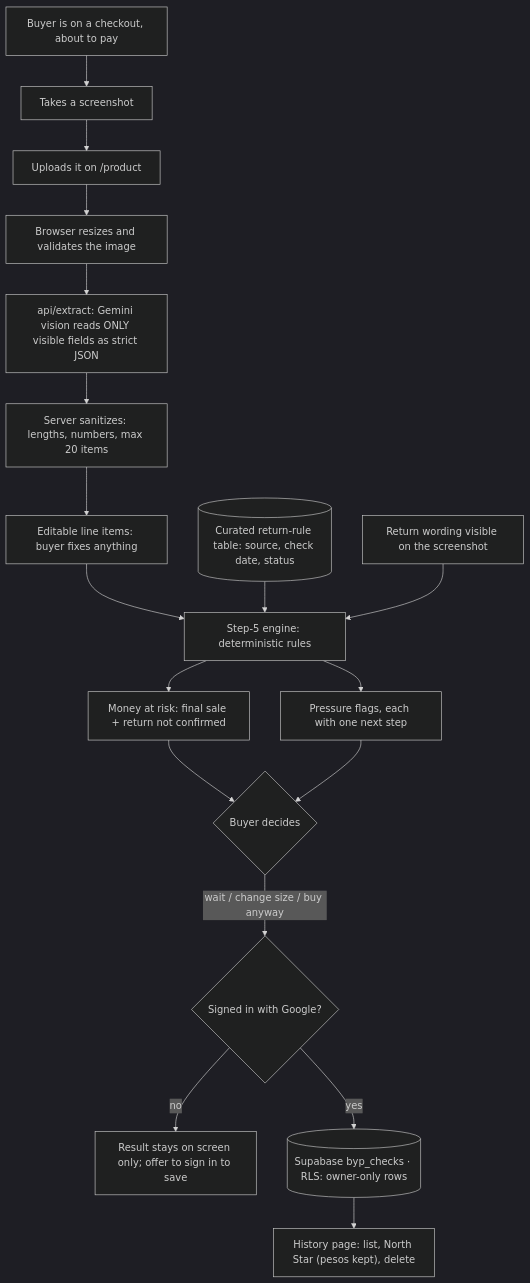
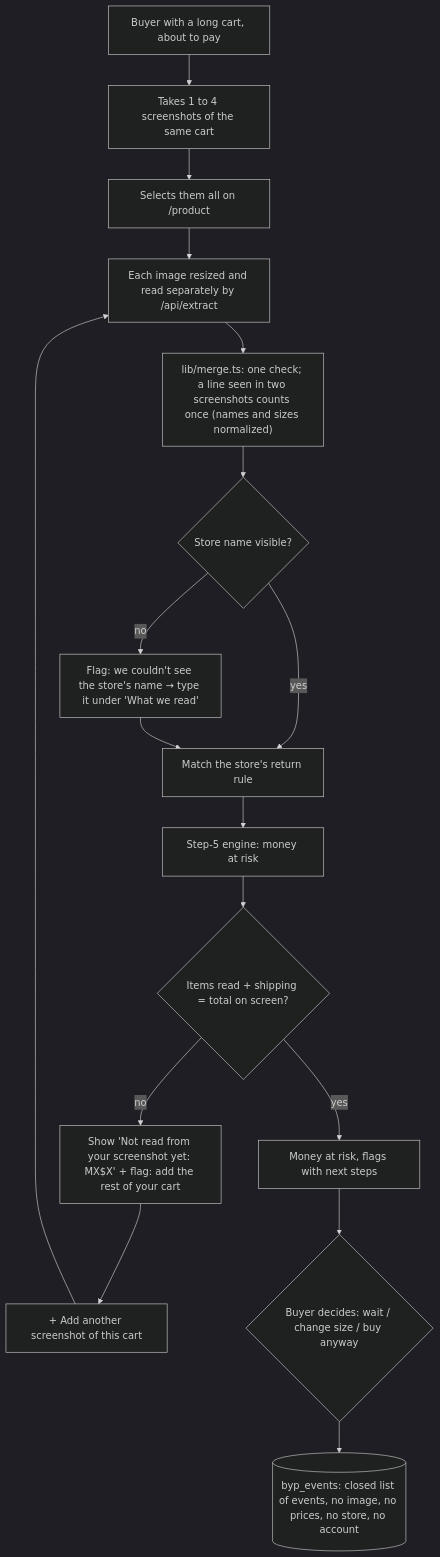
Before and after one commit to KaromBuilds/before-you-pay: the first of 2 diagrams in docs/PACKET.md, drawn with Mermaid (dark theme). The commit also changed other lines of this file and 7 other files, not shown here.

First line of the commit message:
Week 13 packet, user sessions and persona test; headline says when part of the cart wasn't read

````diff
--- a/docs/PACKET.md
+++ b/docs/PACKET.md
@@ -34,20 +33,19 @@
 ```mermaid
 flowchart TD
-    A[Buyer is on a checkout, about to pay] --> B[Takes a screenshot]
-    B --> C[Uploads it on /product]
-    C --> D[Browser resizes and validates the image]
-    D --> E["api/extract: Gemini vision reads ONLY visible fields as strict JSON"]
-    E --> F[Server sanitizes: lengths, numbers, max 20 items]
-    F --> G[Editable line items: buyer fixes anything]
-    G --> H[Step-5 engine: deterministic rules]
-    I[("Curated return-rule table: source, check date, status")] --> H
-    J[Return wording visible on the screenshot] --> H
-    H --> K[Money at risk: final sale + return not confirmed]
-    H --> L[Pressure flags, each with one next step]
-    K --> M{Buyer decides}
-    L --> M
-    M -- wait / change size / buy anyway --> N{Signed in with Google?}
-    N -- no --> O[Result stays on screen only; offer to sign in to save]
-    N -- yes --> P[("Supabase byp_checks · RLS: owner-only rows")]
-    P --> Q["History page: list, North Star (pesos kept), delete"]
+    A[Buyer with a long cart, about to pay] --> B[Takes 1 to 4 screenshots of the same cart]
+    B --> C[Selects them all on /product]
+    C --> D[Each image resized and read separately by /api/extract]
+    D --> E["lib/merge.ts: one check; a line seen in two screenshots counts once (names and sizes normalized)"]
+    E --> F{Store name visible?}
+    F -- no --> G["Flag: we couldn't see the store's name → type it under 'What we read'"]
+    F -- yes --> H[Match the store's return rule]
+    G --> H
+    H --> I[Step-5 engine: money at risk]
+    I --> J{"Items read + shipping = total on screen?"}
+    J -- no --> K["Show 'Not read from your screenshot yet: MX$X' + flag: add the rest of your cart"]
+    K --> L["+ Add another screenshot of this cart"]
+    L --> D
+    J -- yes --> M[Money at risk, flags with next steps]
+    M --> N{Buyer decides: wait / change size / buy anyway}
+    N --> O[("byp_events: closed list of events, no image, no prices, no store, no account")]
 ```
````
